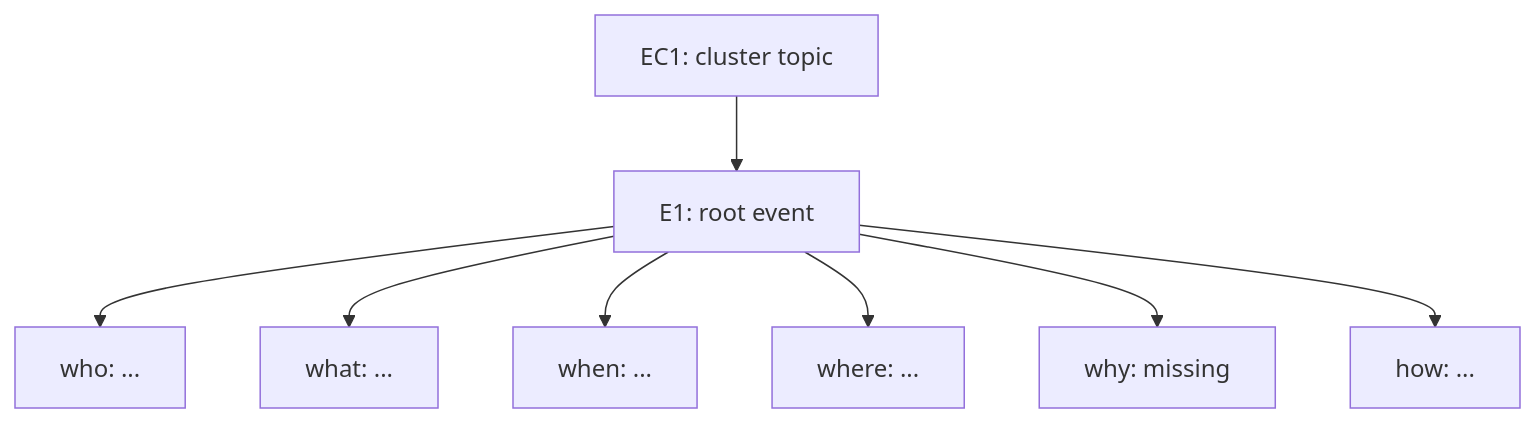
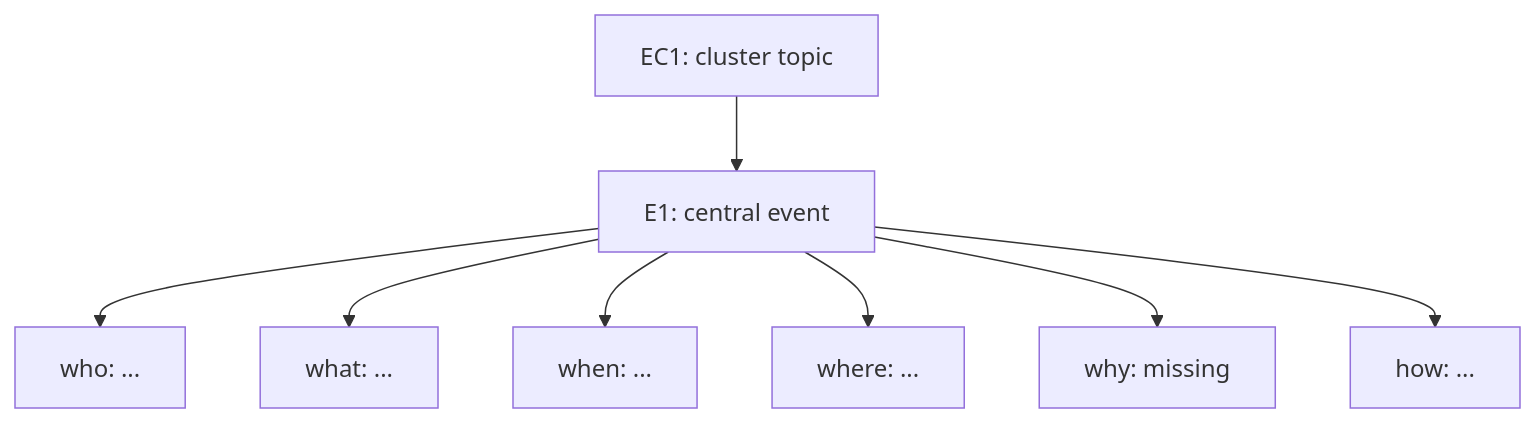
The first of 2 diagrams in ceh-5w1h/references/diagram-guide.md (verbalPoem/ceh-5w1h-skill), drawn with Mermaid before and after one commit. The commit also changed other lines of this file and 33 other files, not shown here.

````diff
--- a/ceh-5w1h/references/diagram-guide.md
+++ b/ceh-5w1h/references/diagram-guide.md
@@ -32,14 +32,14 @@
 ```mermaid
 flowchart TD
   EC1["EC1: cluster topic"]
-  E1["E1: root event"]
+  E1["E1: central event"]
 
   EC1 --> E1
 
   E1 --> E1_WHO["who: ..."]
   E1 --> E1_WHAT["what: ..."]
   E1 --> E1_WHEN["when: ..."]
   E1 --> E1_WHERE["where: ..."]
   E1 --> E1_WHY["why: missing"]
   E1 --> E1_HOW["how: ..."]
 ```
````
